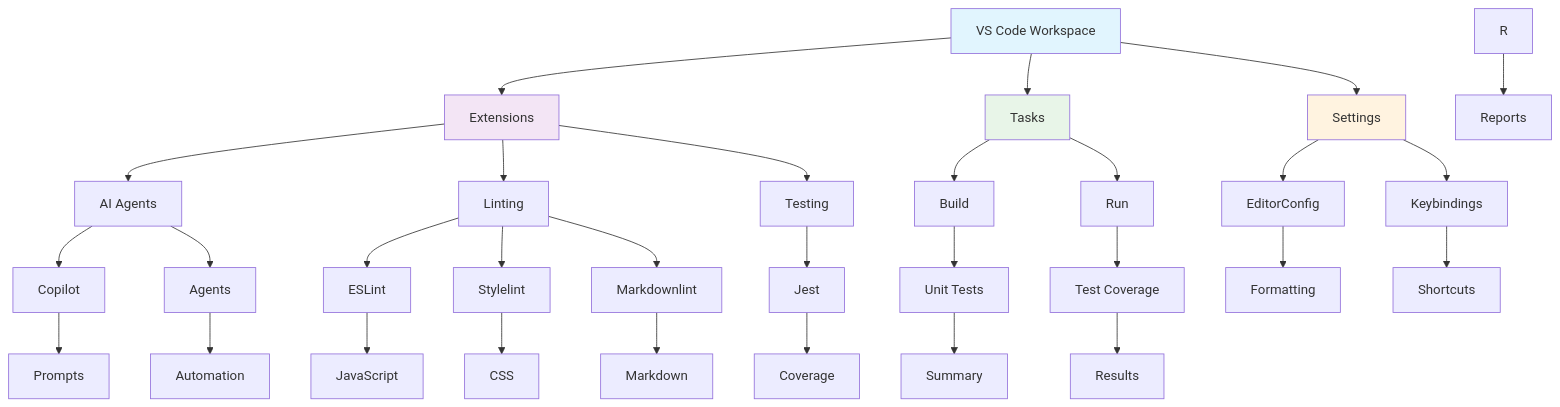
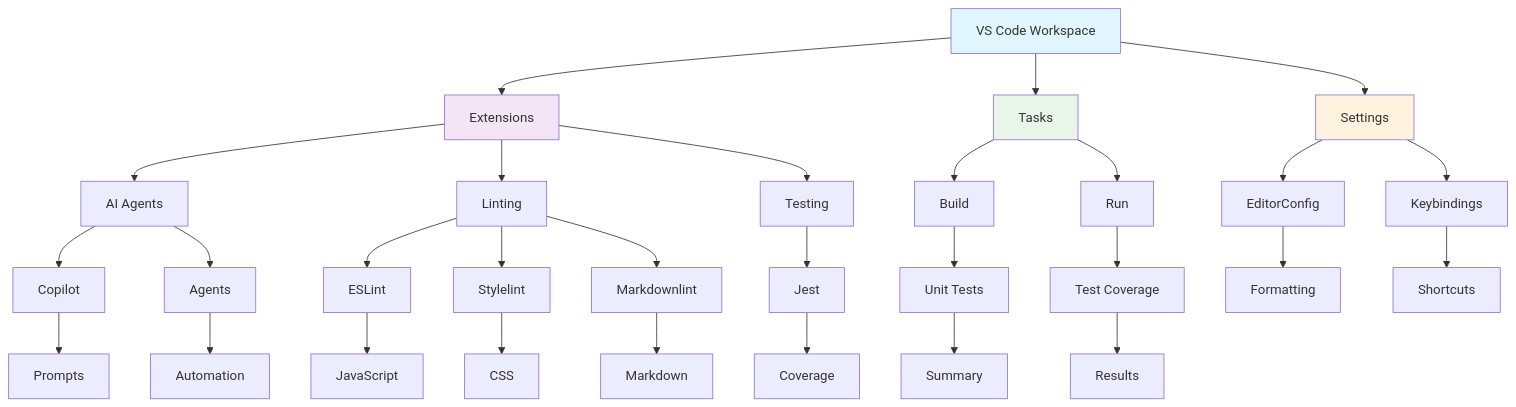
One commit to lightspeedwp/.github changed the diagram in .vscode/README.md. Above: the diagram before and after it, drawn with Mermaid. The commit also changed other lines of this file and 5 other files, not shown here.

````diff
--- a/.vscode/README.md
+++ b/.vscode/README.md
@@ -23,37 +23,40 @@
 ```mermaid
+---
+accTitle: VS Code Workspace Configuration Architecture
+accDescr: Flowchart showing the VS Code workspace hierarchy with three main branches (Extensions, Tasks, Settings) that lead to development tools including AI Agents, Linting tools (ESLint, Stylelint, Markdownlint), Testing (Jest), Build automation, EditorConfig, and Keybindings configuration
+---
 flowchart TD
     A[VS Code Workspace] --> B[Extensions]
     A --> C[Tasks]
     A --> D[Settings]
     B --> E[AI Agents]
     B --> F[Linting]
     B --> G[Testing]
     C --> H[Build]
     C --> I[Run]
     D --> J[EditorConfig]
     D --> K[Keybindings]
     E --> L[Copilot]
     E --> M[Agents]
     F --> N[ESLint]
     F --> O[Stylelint]
     F --> P[Markdownlint]
     G --> Q[Jest]
     H --> S[Unit Tests]
     I --> T[Test Coverage]
     J --> U[Formatting]
     K --> V[Shortcuts]
     L --> W[Prompts]
     M --> X[Automation]
     N --> Y[JavaScript]
     O --> Z[CSS]
     P --> AA[Markdown]
     Q --> AB[Coverage]
-    R --> AC[Reports]
     S --> AD[Summary]
     T --> AE[Results]
 
     style A fill:#e1f5fe
     style B fill:#f3e5f5
     style C fill:#e8f5e8
     style D fill:#fff3e0
 ```
````
